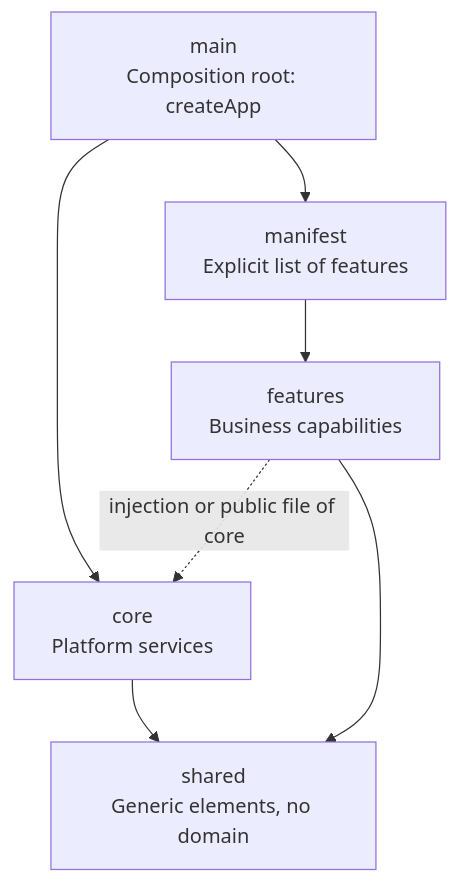
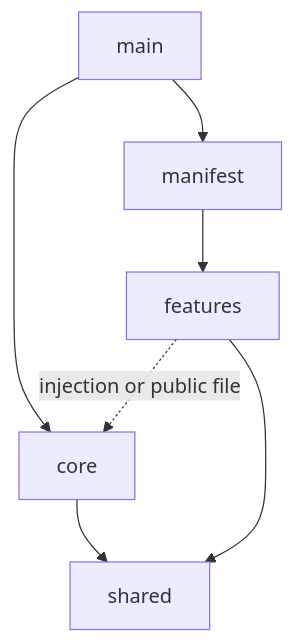
Before and after one commit to AIDDbot/AIDDbot: the second of 3 diagrams in docs/architect-system-foundation.md, drawn with Mermaid. The commit also changed other lines of this file and 4 other files, not shown here.

First line of the commit message:
refactor(skills): tighten /architect-system-foundation and /outline-system

````diff
--- a/docs/architect-system-foundation.md
+++ b/docs/architect-system-foundation.md
@@ -50,15 +28,9 @@
 ```mermaid
 flowchart TB
-    MAIN[main<br/>Composition root: createApp]
-    CORE[core<br/>Platform services]
-    MANIFEST[manifest<br/>Explicit list of features]
-    FEATURES[features<br/>Business capabilities]
-    SHARED[shared<br/>Generic elements, no domain]
-
-    MAIN --> CORE
-    MAIN --> MANIFEST
-    MANIFEST --> FEATURES
-    FEATURES -. injection or public file of core .-> CORE
-    CORE --> SHARED
+    MAIN[main] --> CORE[core]
+    MAIN --> MANIFEST[manifest]
+    MANIFEST --> FEATURES[features]
+    FEATURES -. injection or public file .-> CORE
+    CORE --> SHARED[shared]
     FEATURES --> SHARED
 ```
````
